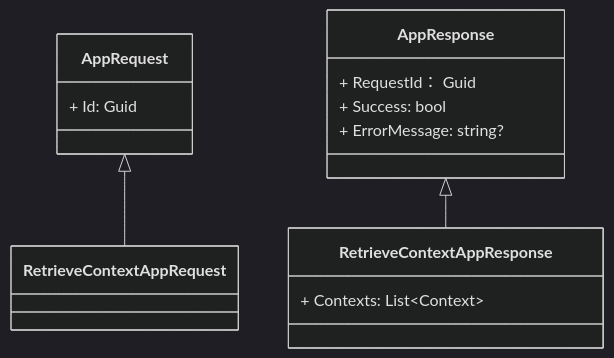
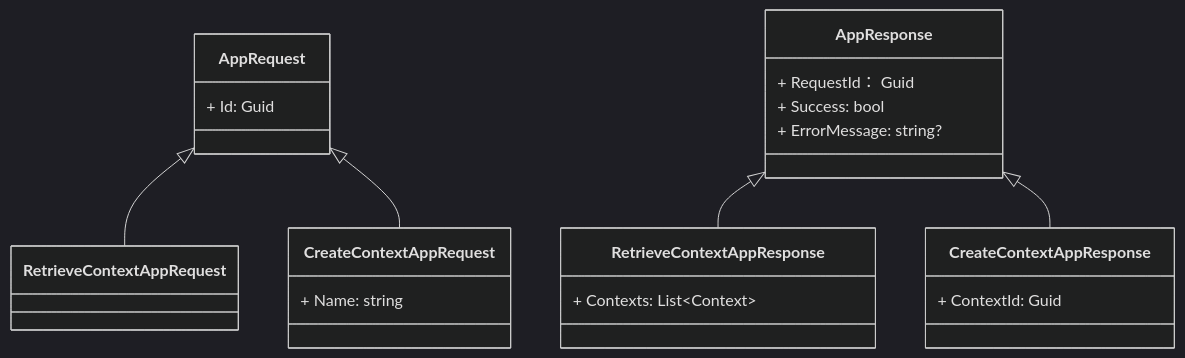
Before and after one commit to sdlfly2000/DomainBasedDesigner: the second of 2 diagrams in UML/Application/ContextAppService.md, drawn with Mermaid (dark theme). The commit also changed other lines of this file and 8 other files, not shown here.

````diff
--- a/UML/Application/ContextAppService.md
+++ b/UML/Application/ContextAppService.md
@@ -14,24 +20,36 @@
 ```mermaid
 classDiagram
     class AppRequest {
         + Id: Guid
     }
 
     class AppResponse {
         + RequestId： Guid
         + Success: bool
         + ErrorMessage: string?
+    }
+    
+    class CreateContextAppRequest {
+        + Name: string
+    }
+
+    class CreateContextAppResponse {
+        + ContextId: Guid
     }
 
     class RetrieveContextAppRequest {
 
     }
 
     class RetrieveContextAppResponse {
         + Contexts: List~Context~
     }
 
     %% Relationship
     AppRequest <|-- RetrieveContextAppRequest
     AppResponse <|-- RetrieveContextAppResponse
+
+    AppRequest <|-- CreateContextAppRequest
+    AppResponse <|-- CreateContextAppResponse
+
 ```
````
